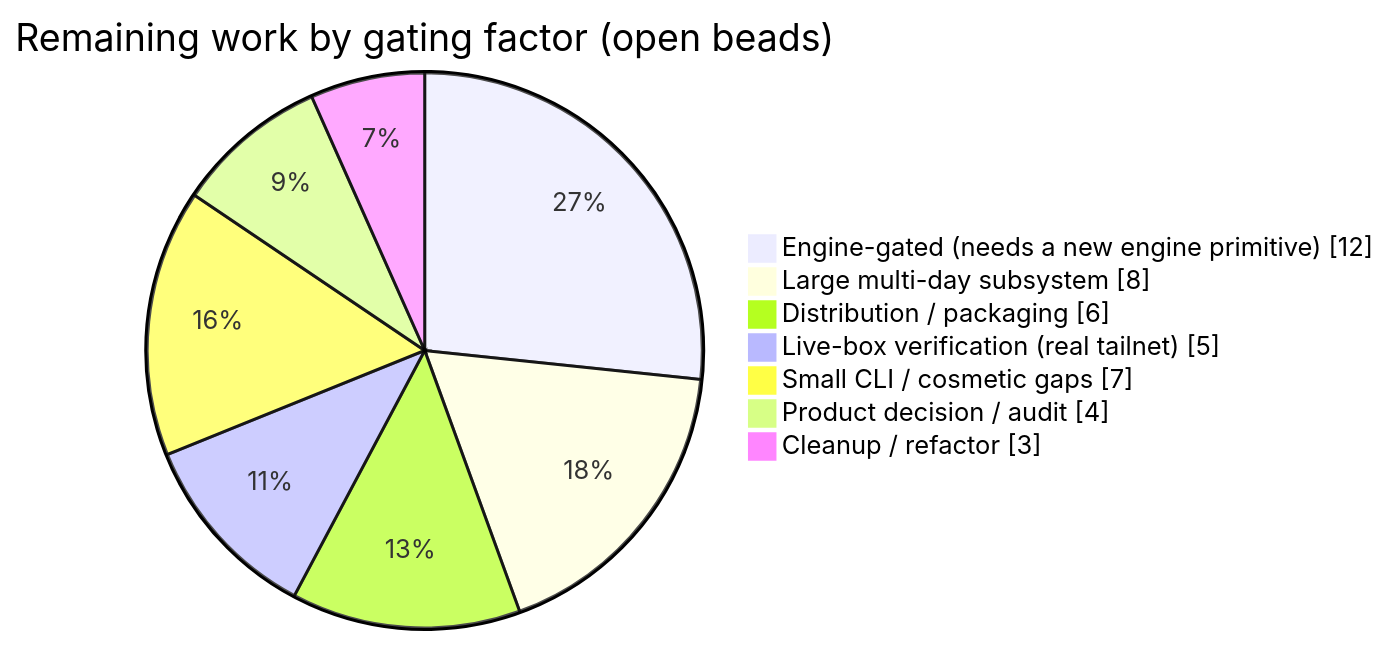
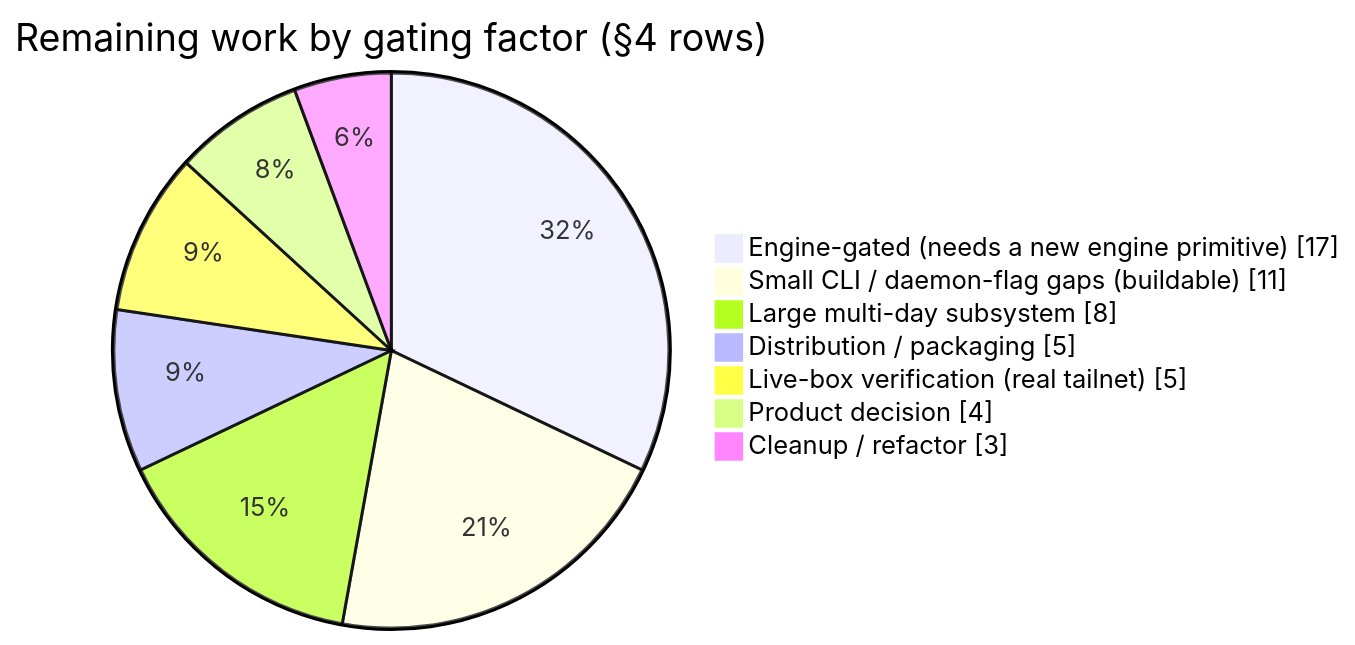
One commit to GeiserX/tailscaled-rs changed the first of 3 diagrams in docs/PARITY_GAP_ANALYSIS.md. Above: the diagram before and after it, drawn with Mermaid. The commit also changed other lines of this file and 1 other file, not shown here.

````diff
--- a/docs/PARITY_GAP_ANALYSIS.md
+++ b/docs/PARITY_GAP_ANALYSIS.md
@@ -26,11 +33,11 @@
 ```mermaid
 pie showData
-    title Remaining work by gating factor (open beads)
-    "Engine-gated (needs a new engine primitive)" : 12
+    title Remaining work by gating factor (§4 rows)
+    "Engine-gated (needs a new engine primitive)" : 17
+    "Small CLI / daemon-flag gaps (buildable)" : 11
     "Large multi-day subsystem" : 8
-    "Distribution / packaging" : 6
+    "Distribution / packaging" : 5
     "Live-box verification (real tailnet)" : 5
-    "Small CLI / cosmetic gaps" : 7
-    "Product decision / audit" : 4
+    "Product decision" : 4
     "Cleanup / refactor" : 3
 ```
````
